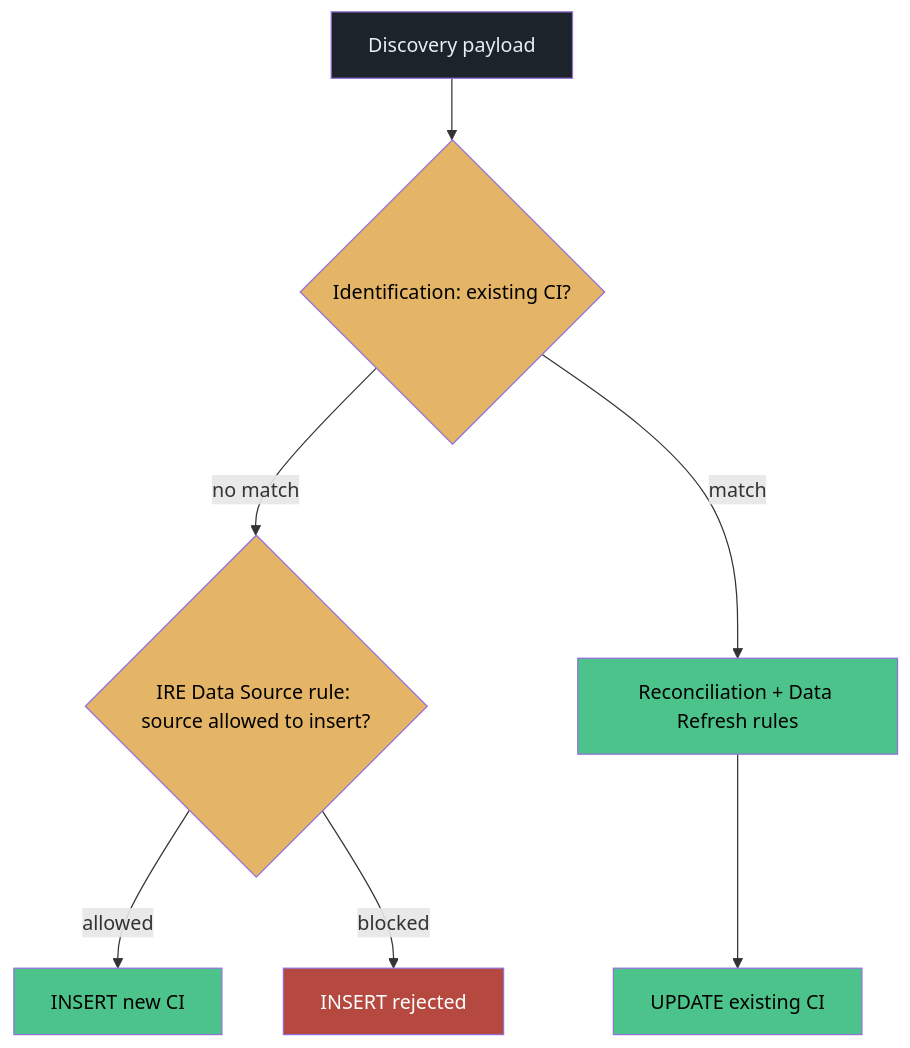
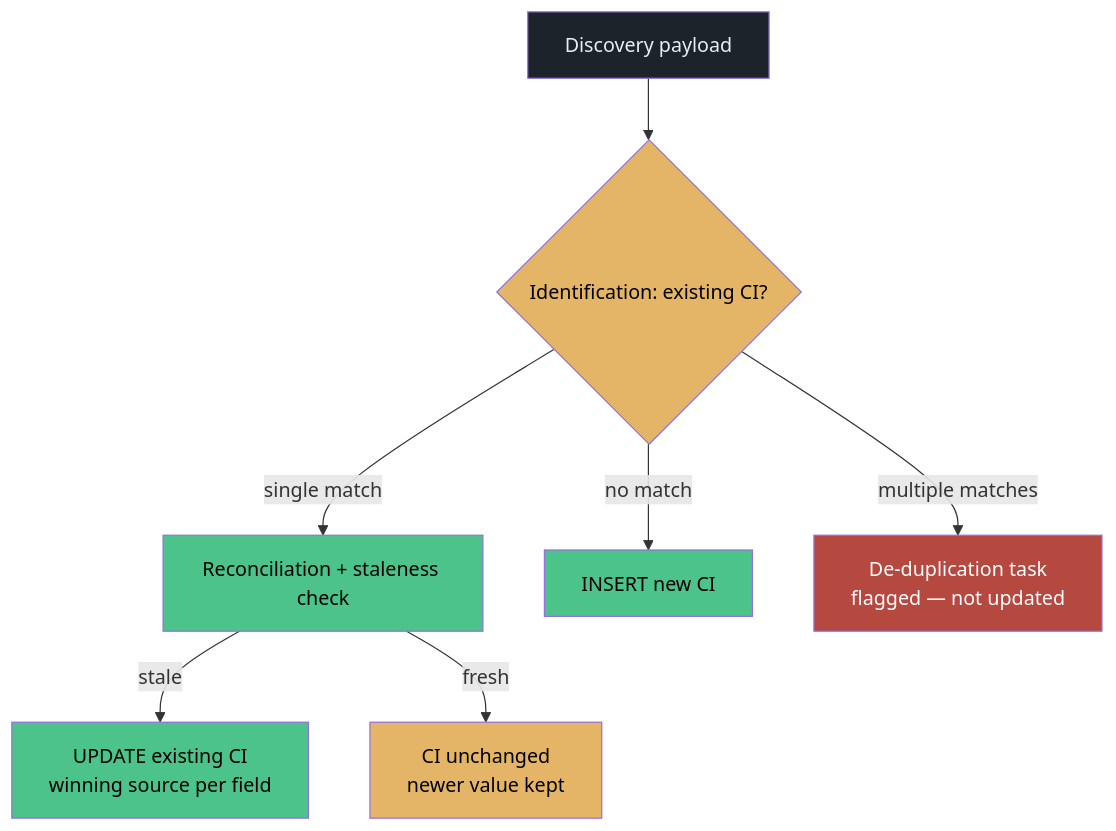
The first of 5 diagrams in docs/modules/discovery/discovery-guide.md (eltonaguiar/ServiceNow_Learning_TSOM-_CSM_FSM_SalesCRM_HAM_ITSM), drawn with Mermaid before and after one commit. The commit also changed other lines of this file, not shown here.

First line of the commit message:
Final Discovery guide hardening: IRE flowchart, mechanism split, Shazzam caveat, strategy/CSDM/troubleshooting/readiness/Day2 sections

````diff
--- a/docs/modules/discovery/discovery-guide.md
+++ b/docs/modules/discovery/discovery-guide.md
@@ -221,18 +236,18 @@
 ```mermaid
 flowchart TD
     DISC[Discovery payload] --> ID{Identification: existing CI?}
-    ID -->|no match| DS{IRE Data Source rule: source allowed to insert?}
-    ID -->|match| REC[Reconciliation + Data Refresh rules]
-    DS -->|allowed| NEW[INSERT new CI]
-    DS -->|blocked| REJ[INSERT rejected]
-    REC --> UPD[UPDATE existing CI]
+    ID -->|single match| REC[Reconciliation + staleness check]
+    ID -->|no match| NEW[INSERT new CI]
+    ID -->|multiple matches| DEDUP[De-duplication task<br/>flagged — not updated]
+    REC -->|stale| UPD[UPDATE existing CI<br/>winning source per field]
+    REC -->|fresh| SKIP[CI unchanged<br/>newer value kept]
 
     style DISC fill:#1c232a,color:#e6edf3
     style ID fill:#e5b567,color:#000
-    style DS fill:#e5b567,color:#000
     style REC fill:#4cc38a,color:#000
     style NEW fill:#4cc38a,color:#000
-    style REJ fill:#b5483f,color:#fff
+    style DEDUP fill:#b5483f,color:#fff
     style UPD fill:#4cc38a,color:#000
+    style SKIP fill:#e5b567,color:#000
 
 ```
````
